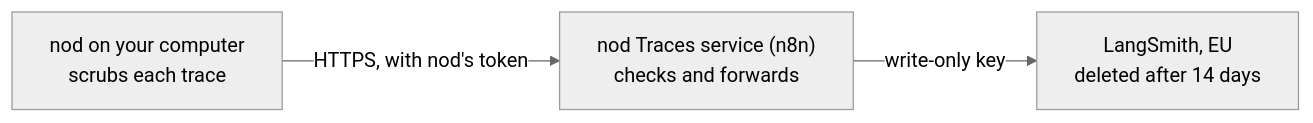
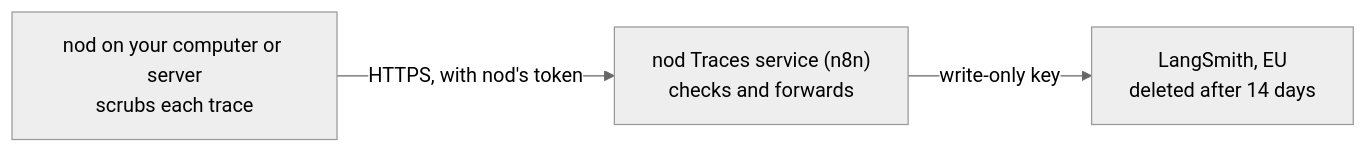
The diagram in docs/src/content/docs/trust/conversation-traces.md (KrishBhimani/nod), drawn with Mermaid (neutral theme) before and after one commit. The commit also changed other lines of this file and 135 other files, not shown here.

````diff
--- a/docs/src/content/docs/trust/conversation-traces.md
+++ b/docs/src/content/docs/trust/conversation-traces.md
@@ -83,5 +85,5 @@
 ```mermaid
 flowchart LR
-  nod[nod on your computer<br/>scrubs each trace]:::accent -- "HTTPS, with nod's token" --> broker["nod Traces service (n8n)<br/>checks and forwards"]
+  nod[nod on your computer or server<br/>scrubs each trace]:::accent -- "HTTPS, with nod's token" --> broker["nod Traces service (n8n)<br/>checks and forwards"]
   broker -- write-only key --> langsmith[LangSmith, EU<br/>deleted after 14 days]
 ```
````
